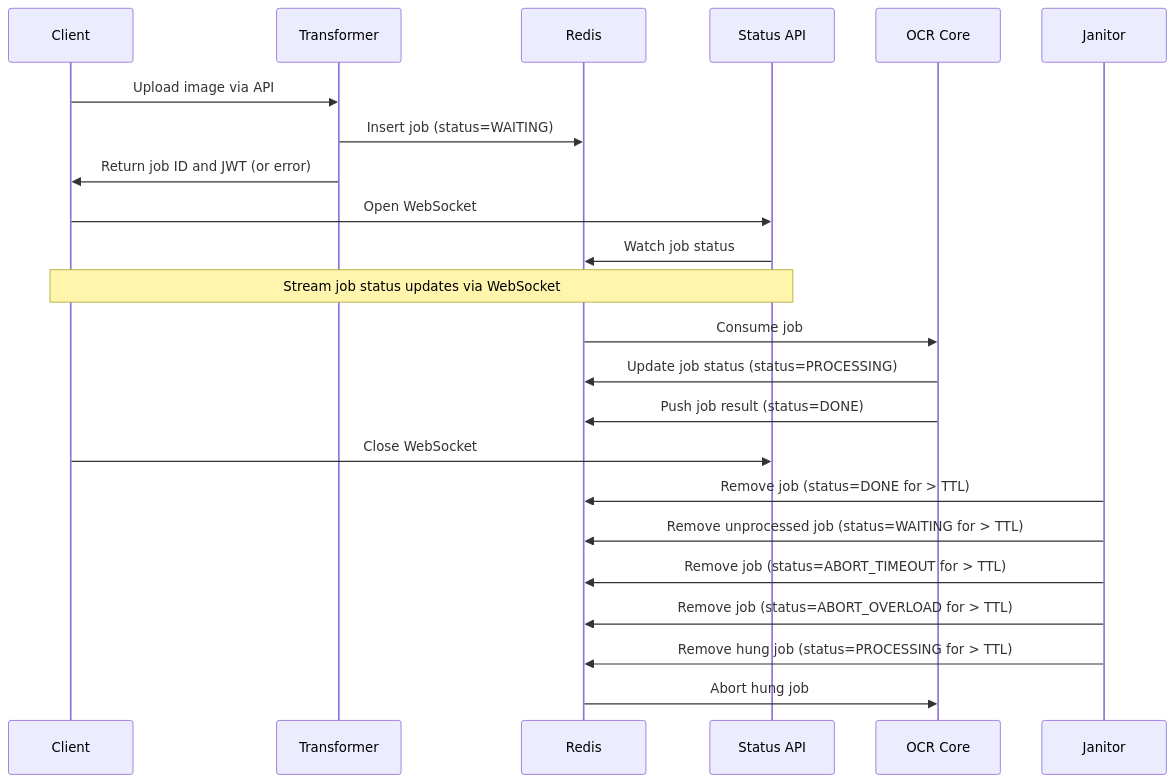
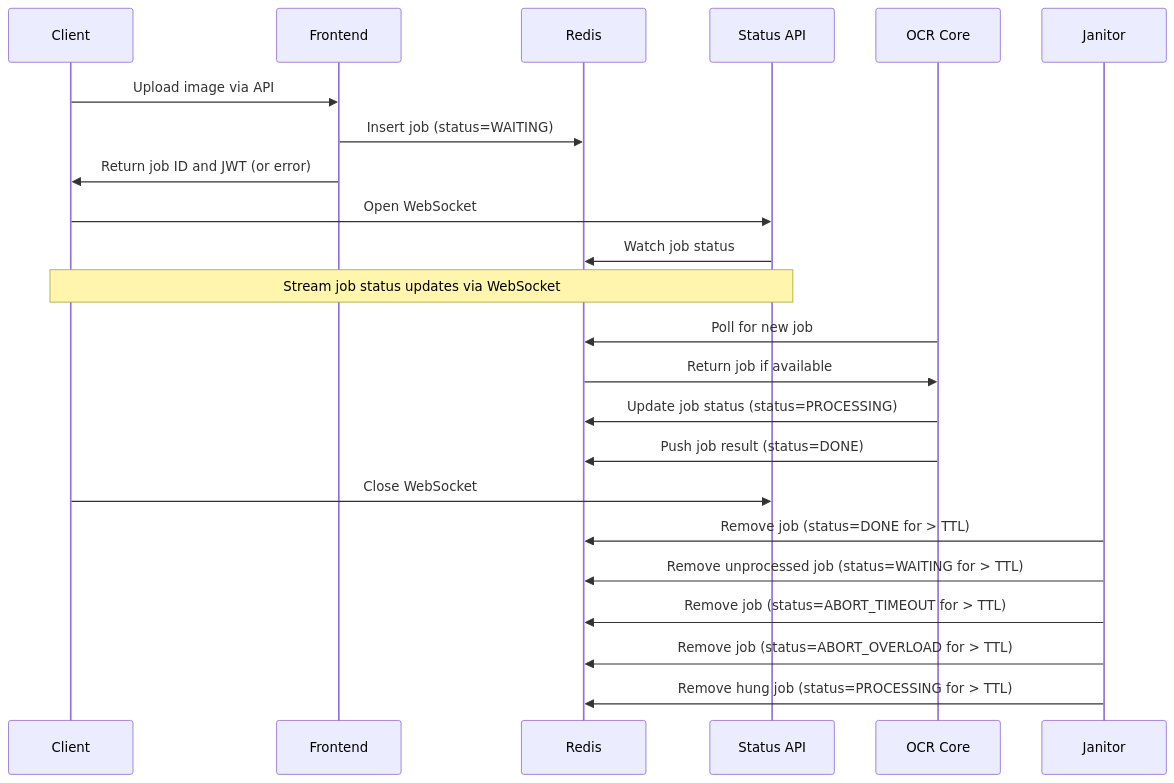
The second of 5 diagrams in README.md (OzuYatamutsu/project-overengineer), drawn with Mermaid before and after one commit. The commit also changed other lines of this file, not shown here.

````diff
--- a/README.md
+++ b/README.md
@@ -101,26 +90,26 @@
 ```mermaid
 sequenceDiagram
     participant Client
-    participant Transformer
+    participant Frontend
     participant Redis
     participant Status API
     participant OCR Core
     participant Janitor
 
-    Client->>Transformer: Upload image via API
-    Transformer->>Redis: Insert job (status=WAITING)
-    Transformer->>Client: Return job ID and JWT (or error)
+    Client->>Frontend: Upload image via API
+    Frontend->>Redis: Insert job (status=WAITING)
+    Frontend->>Client: Return job ID and JWT (or error)
     Client->>Status API: Open WebSocket
     Status API->>Redis: Watch job status
     Note over Client, Status API: Stream job status updates via WebSocket
-    Redis->>OCR Core: Consume job
+    OCR Core->>Redis: Poll for new job
+    Redis->>OCR Core: Return job if available
     OCR Core->>Redis: Update job status (status=PROCESSING)
     OCR Core->>Redis: Push job result (status=DONE)
     Client->>Status API: Close WebSocket
     Janitor->>Redis: Remove job (status=DONE for > TTL)
     Janitor->>Redis: Remove unprocessed job (status=WAITING for > TTL)
     Janitor->>Redis: Remove job (status=ABORT_TIMEOUT for > TTL)
     Janitor->>Redis: Remove job (status=ABORT_OVERLOAD for > TTL)
     Janitor->>Redis: Remove hung job (status=PROCESSING for > TTL)
-    Redis->>OCR Core: Abort hung job
 ```
````
